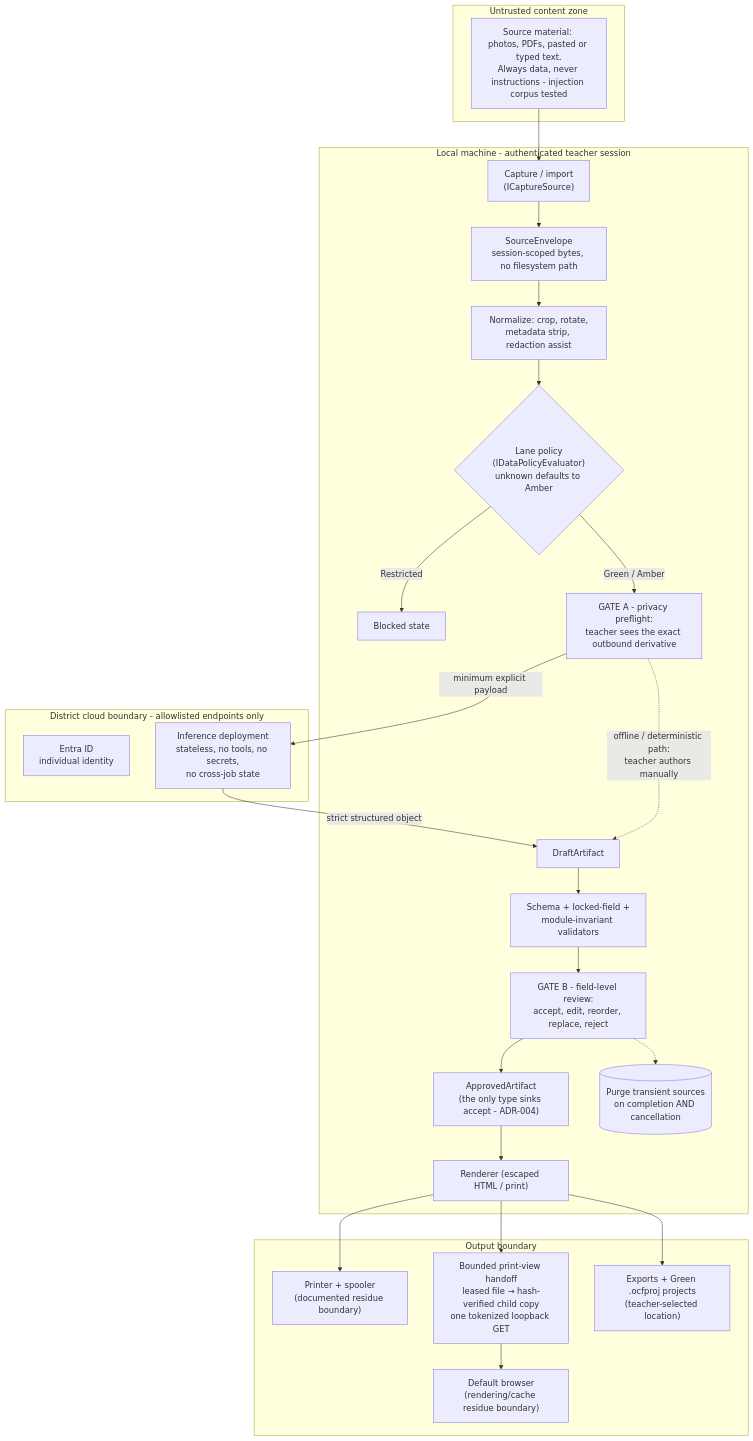
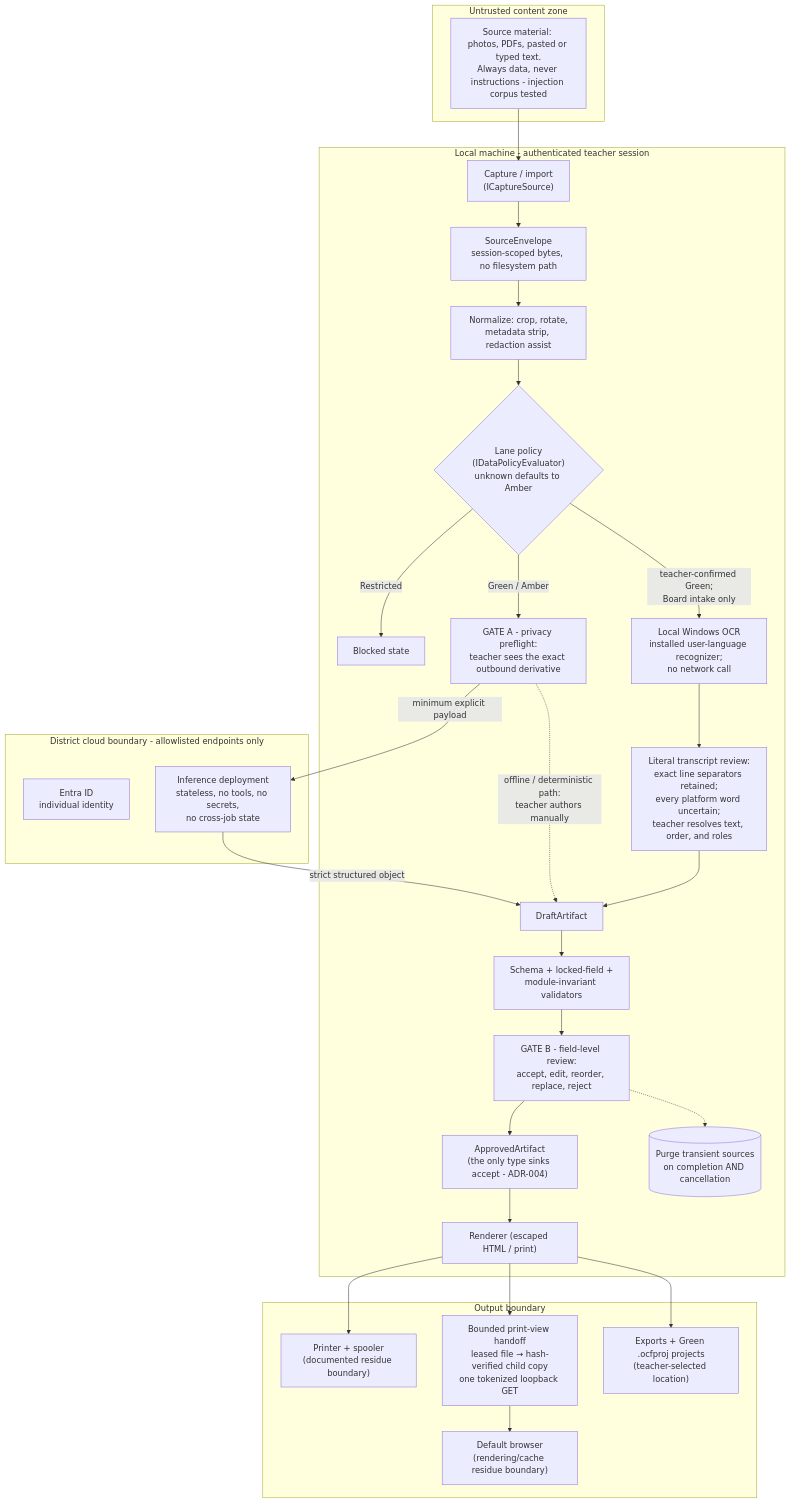
The first of 2 diagrams in docs/architecture/trust-boundaries.md (honest-ink-inc/open-classroom-foundry), drawn with Mermaid before and after one commit. The commit also changed other lines of this file and 20 other files, not shown here.

Commit message:
Build Board-to-Brief source intake

````diff
--- a/docs/architecture/trust-boundaries.md
+++ b/docs/architecture/trust-boundaries.md
@@ -9,39 +9,42 @@
 ```mermaid
 flowchart TD
     subgraph UNTRUSTED["Untrusted content zone"]
         SRC["Source material: photos, PDFs, pasted or typed text.<br/>Always data, never instructions - injection corpus tested"]
     end
 
     subgraph LOCAL["Local machine - authenticated teacher session"]
         CAP["Capture / import<br/>(ICaptureSource)"] --> ENV["SourceEnvelope<br/>session-scoped bytes, no filesystem path"]
         ENV --> NORM["Normalize: crop, rotate,<br/>metadata strip, redaction assist"]
         NORM --> LANE{"Lane policy<br/>(IDataPolicyEvaluator)<br/>unknown defaults to Amber"}
         LANE -->|"Restricted"| BLOCK["Blocked state"]
         LANE -->|"Green / Amber"| GATEA["GATE A - privacy preflight:<br/>teacher sees the exact outbound derivative"]
+        LANE -->|"teacher-confirmed Green;<br/>Board intake only"| LOCR["Local Windows OCR<br/>installed user-language recognizer;<br/>no network call"]
+        LOCR --> VERIFY["Literal transcript review:<br/>exact line separators retained;<br/>every platform word uncertain;<br/>teacher resolves text, order, and roles"]
+        VERIFY --> DRAFT
         DRAFT["DraftArtifact"] --> VAL["Schema + locked-field +<br/>module-invariant validators"]
         VAL --> GATEB["GATE B - field-level review:<br/>accept, edit, reorder, replace, reject"]
         GATEB --> APPR["ApprovedArtifact<br/>(the only type sinks accept - ADR-004)"]
         APPR --> REND["Renderer (escaped HTML / print)"]
         GATEB -.-> PURGE[("Purge transient sources<br/>on completion AND cancellation")]
     end
 
     subgraph CLOUD["District cloud boundary - allowlisted endpoints only"]
         ENTRA["Entra ID<br/>individual identity"]
         LLM["Inference deployment<br/>stateless, no tools, no secrets,<br/>no cross-job state"]
     end
 
     subgraph SINKS["Output boundary"]
         PRN["Printer + spooler<br/>(documented residue boundary)"]
         PV["Bounded print-view handoff<br/>leased file → hash-verified child copy<br/>one tokenized loopback GET"]
         BRW["Default browser<br/>(rendering/cache residue boundary)"]
         EXP["Exports + Green .ocfproj projects<br/>(teacher-selected location)"]
     end
 
     SRC --> CAP
     GATEA -->|"minimum explicit payload"| LLM
     LLM -->|"strict structured object"| DRAFT
     REND --> PRN
     REND --> PV --> BRW
     REND --> EXP
     GATEA -.->|"offline / deterministic path:<br/>teacher authors manually"| DRAFT
 ```
````
